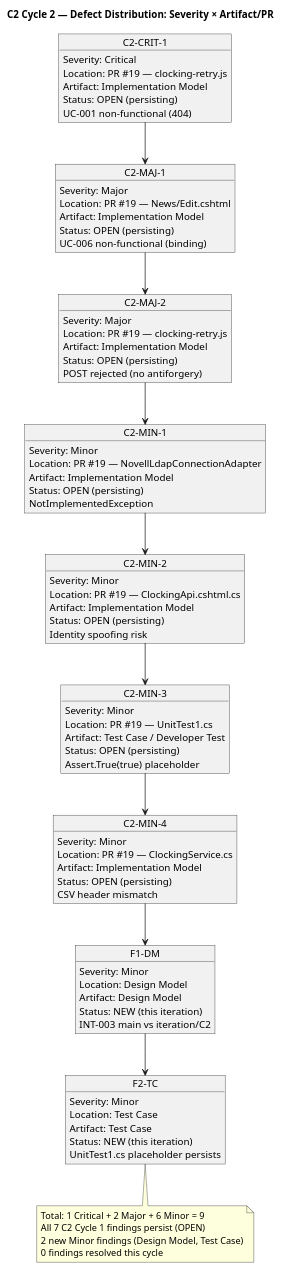
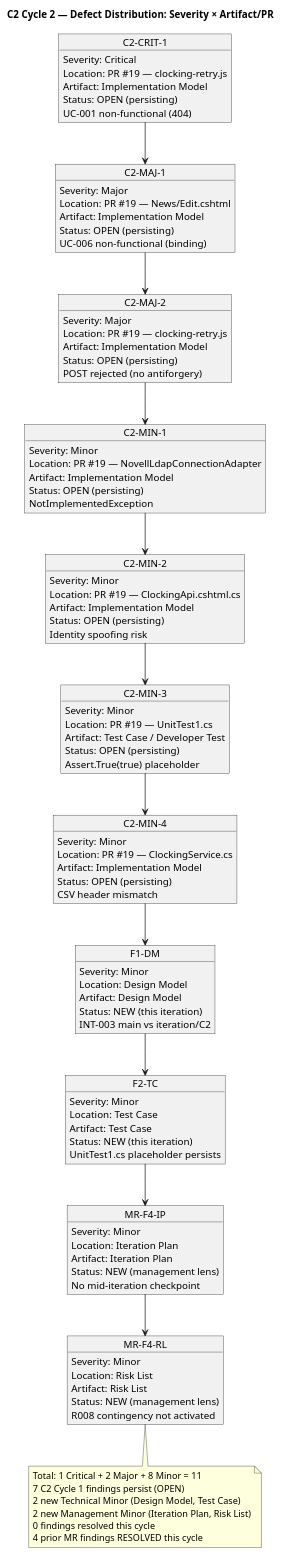
The second of 7 diagrams in docs/artifacts/project-management/review-record.md (banense-test/portal-cuba-corp), drawn with PlantUML before and after one commit. The commit also changed other lines of this file, not shown here.

First line of the commit message:
Management Reviewer [C2]: upsert Review Record

```diff
--- a/docs/artifacts/project-management/review-record.md
+++ b/docs/artifacts/project-management/review-record.md
@@ -262,6 +337,22 @@
   UnitTest1.cs placeholder persists
 }
 
+object "MR-F4-IP" as MRF4IP {
+  Severity: Minor
+  Location: Iteration Plan
+  Artifact: Iteration Plan
+  Status: NEW (management lens)
+  No mid-iteration checkpoint
+}
+
+object "MR-F4-RL" as MRF4RL {
+  Severity: Minor
+  Location: Risk List
+  Artifact: Risk List
+  Status: NEW (management lens)
+  R008 contingency not activated
+}
+
 CRIT1 --> MAJ1
 MAJ1 --> MAJ2
 MAJ2 --> MIN1
@@ -270,12 +361,16 @@
 MIN3 --> MIN4
 MIN4 --> F1DM
 F1DM --> F2TC
+F2TC --> MRF4IP
+MRF4IP --> MRF4RL
 
-note bottom of F2TC
-  Total: 1 Critical + 2 Major + 6 Minor = 9
-  All 7 C2 Cycle 1 findings persist (OPEN)
-  2 new Minor findings (Design Model, Test Case)
+note bottom of MRF4RL
+  Total: 1 Critical + 2 Major + 8 Minor = 11
+  7 C2 Cycle 1 findings persist (OPEN)
+  2 new Technical Minor (Design Model, Test Case)
+  2 new Management Minor (Iteration Plan, Risk List)
   0 findings resolved this cycle
+  4 prior MR findings RESOLVED this cycle
 end note
 
 @enduml
```
